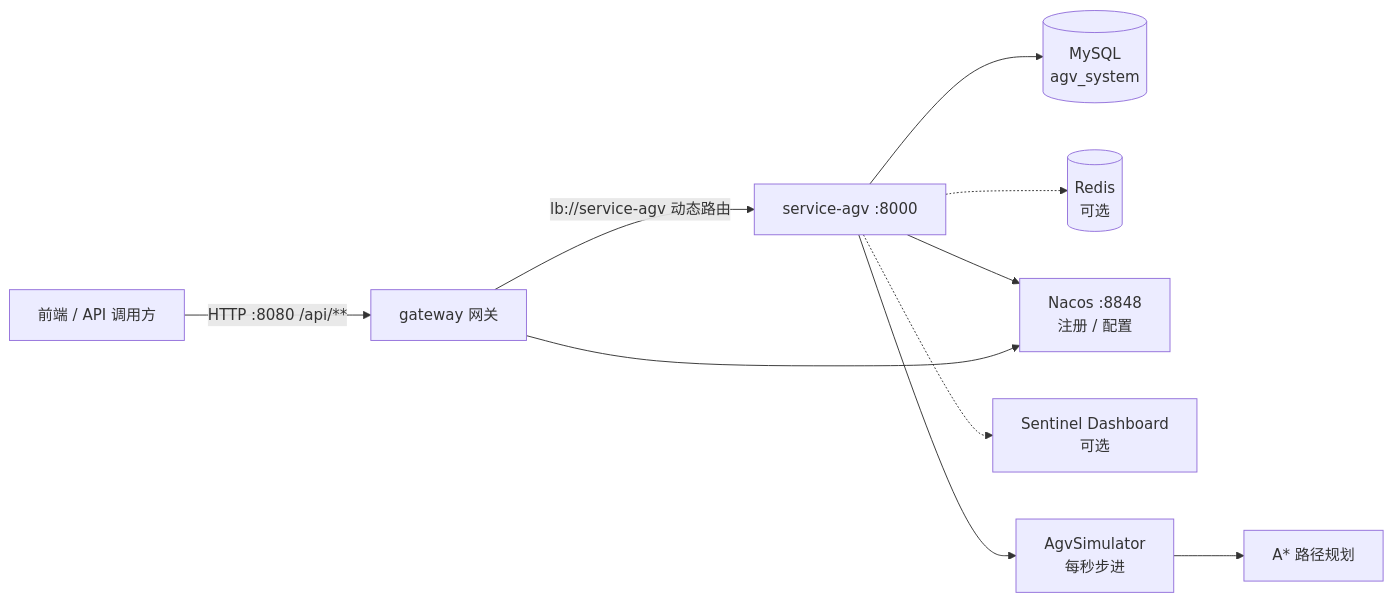
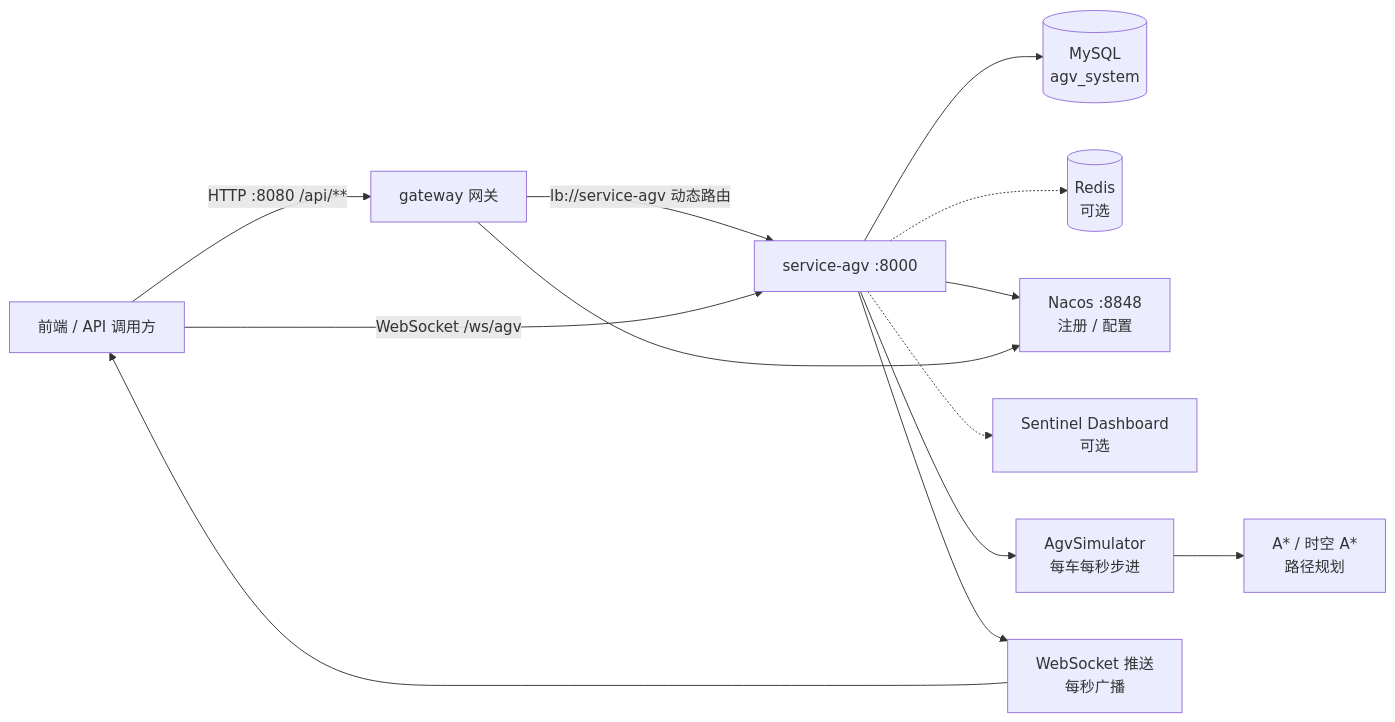
One commit to Zk-zengke/AGV changed the first of 2 diagrams in agv-map-system-backend/README.md. Above: the diagram before and after it, drawn with Mermaid. The commit also changed other lines of this file, not shown here.

Commit message:
docs: 更新后端README，补充时间窗算法、WebSocket推送与单一驱动说明

````diff
--- a/agv-map-system-backend/README.md
+++ b/agv-map-system-backend/README.md
@@ -90,12 +96,15 @@
 ```mermaid
 flowchart LR
     Client[前端 / API 调用方] -->|HTTP :8080 /api/**| GW[gateway 网关]
     GW -->|lb://service-agv 动态路由| SVC[service-agv :8000]
+    Client -->|WebSocket /ws/agv| SVC
     SVC --> DB[(MySQL<br/>agv_system)]
     SVC -.-> Redis[(Redis<br/>可选)]
     SVC --> Nacos[Nacos :8848<br/>注册 / 配置]
     GW --> Nacos
     SVC -.-> Sentinel[Sentinel Dashboard<br/>可选]
-    SVC --> Sim[AgvSimulator<br/>每秒步进]
-    Sim --> AStar[A* 路径规划]
+    SVC --> Sim[AgvSimulator<br/>每车每秒步进]
+    Sim --> AStar[A* / 时空 A*<br/>路径规划]
+    SVC --> Push[WebSocket 推送<br/>每秒广播]
+    Push --> Client
 ```
````
